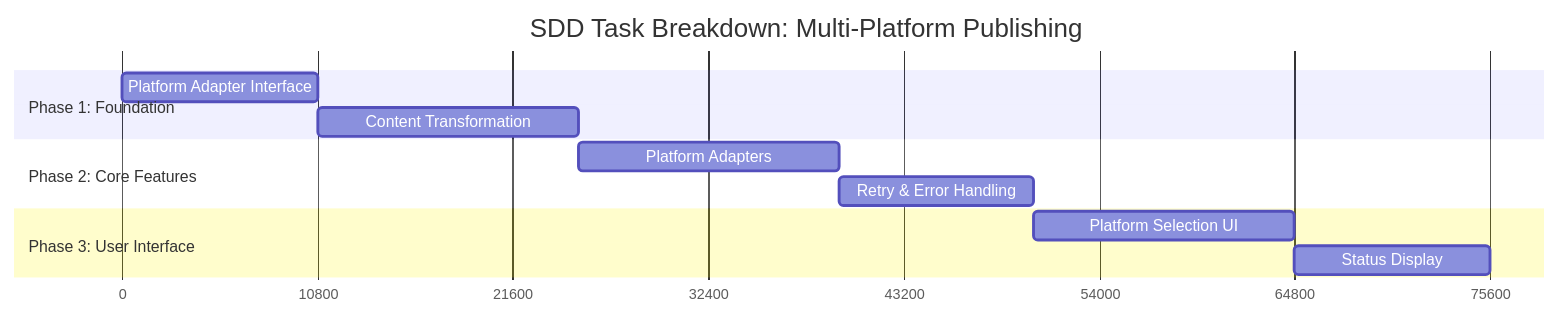
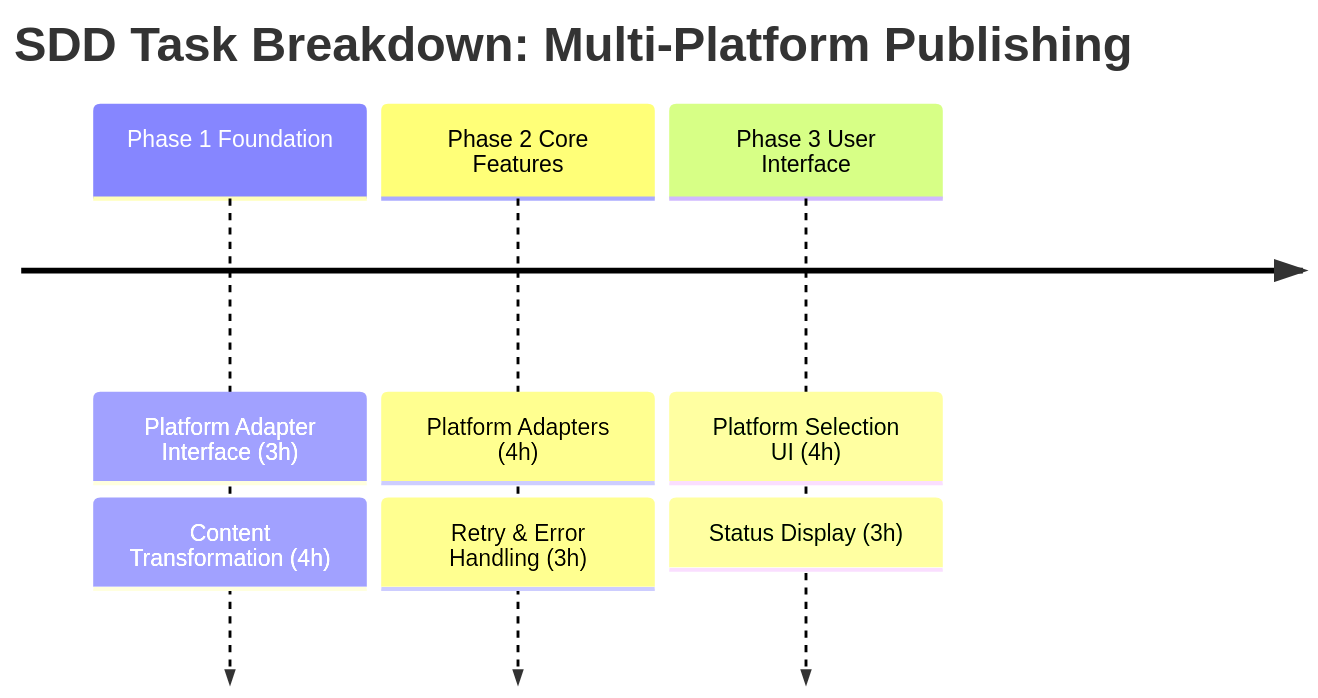
The first of 3 diagrams in blog/2025-09-16-spec-driven-development.mdx (tikazyq/marvinzhang.dev), drawn with Mermaid before and after one commit. The commit also changed 1 other file, not shown here.

Commit message:
refactor: update task breakdown format in SDD documentation for clarity and consistency

````diff
--- a/blog/2025-09-16-spec-driven-development.mdx
+++ b/blog/2025-09-16-spec-driven-development.mdx
@@ -116,18 +116,13 @@
 ```mermaid
-gantt
+timeline
     title SDD Task Breakdown: Multi-Platform Publishing
-    dateFormat X
-    axisFormat %s
-
-    section Phase 1: Foundation
-    Platform Adapter Interface    :task1, 0, 3h
-    Content Transformation       :task2, after task1, 4h
-
-    section Phase 2: Core Features  
-    Platform Adapters            :task3, after task2, 4h
-    Retry & Error Handling       :task4, after task3, 3h
-
-    section Phase 3: User Interface
-    Platform Selection UI        :task5, after task4, 4h
-    Status Display              :task6, after task5, 3h
+    
+    Phase 1 Foundation : Platform Adapter Interface (3h)
+                      : Content Transformation (4h)
+    
+    Phase 2 Core Features : Platform Adapters (4h)
+                         : Retry & Error Handling (3h)
+    
+    Phase 3 User Interface : Platform Selection UI (4h)
+                          : Status Display (3h)
 ```
````
